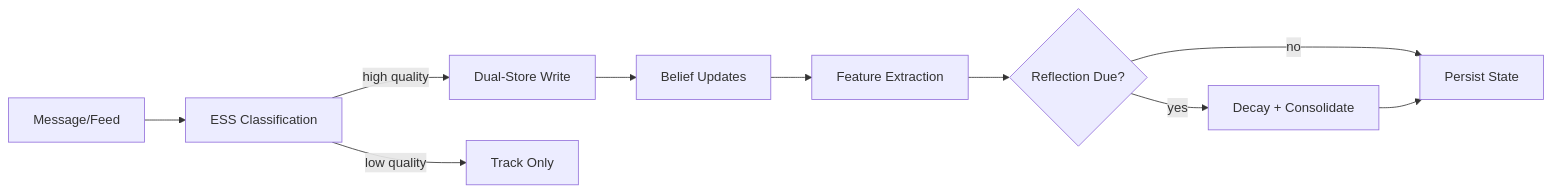
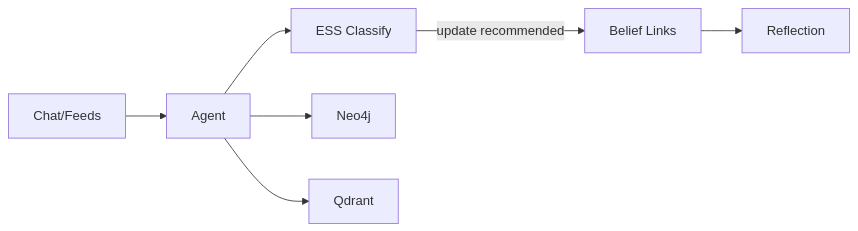
The diagram in docs/index.md (Okm165/Sonality), drawn with Mermaid before and after one commit. The commit also changed other lines of this file and 2 other files, not shown here.

````diff
--- a/docs/index.md
+++ b/docs/index.md
@@ -69,12 +7,8 @@
 ```mermaid
 flowchart LR
-    Input[Message/Feed] --> ESS[ESS Classification]
-    ESS -->|high quality| Store[Dual-Store Write]
-    ESS -->|low quality| Skip[Track Only]
-    Store --> Beliefs[Belief Updates]
-    Beliefs --> Features[Feature Extraction]
-    Features --> Reflect{Reflection Due?}
-    Reflect -->|yes| Consolidate[Decay + Consolidate]
-    Reflect -->|no| Done[Persist State]
-    Consolidate --> Done
+    Input[Chat/Feeds] --> Agent
+    Agent --> ESS[ESS Classify]
+    Agent --> Neo4j & Qdrant
+    ESS -->|update recommended| Provenance[Belief Links]
+    Provenance --> Reflect[Reflection]
 ```
````
